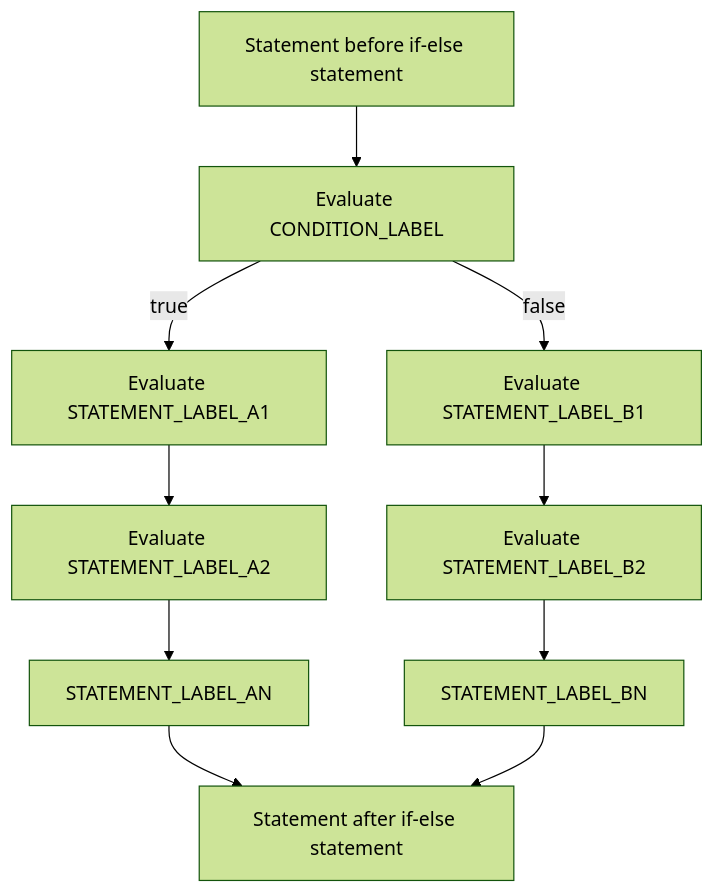
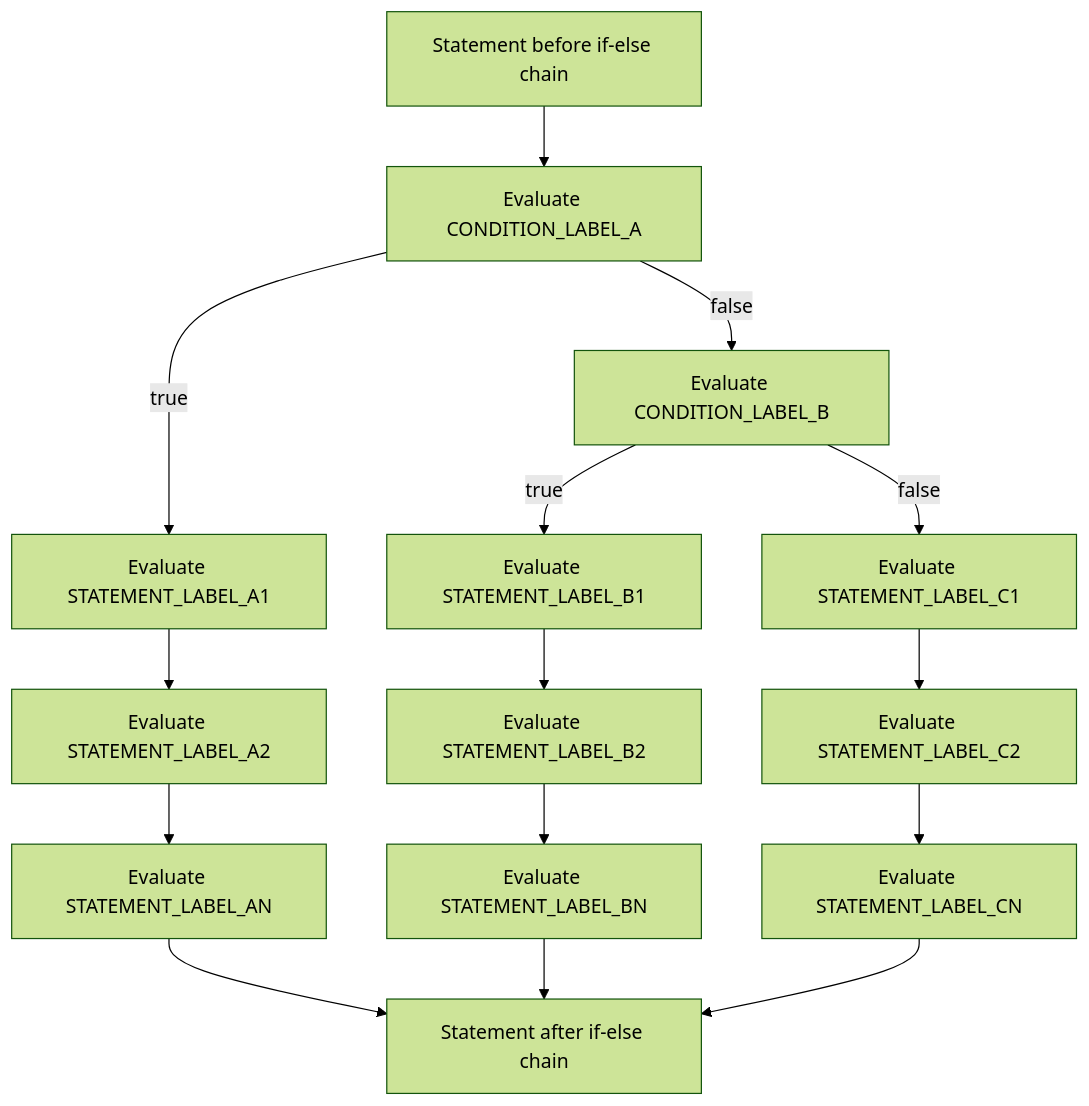
Before and after one commit to Explik/javascript-syntax-guide: the tenth of 17 diagrams in src/content.md, drawn with Mermaid (forest theme). The commit also changed other lines of this file and 1 other file, not shown here.

````diff
--- a/src/content.md
+++ b/src/content.md
@@ -870,12 +1003,17 @@
 ```Mermaid
-  flowchart TD
-    A[Statement before if-else statement] --> B[Evaluate CONDITION_LABEL]
-    B -->|true| C[Evaluate STATEMENT_LABEL_A1]
-    C --> D[Evaluate STATEMENT_LABEL_A2]
-    D --> E[STATEMENT_LABEL_AN]
-    E --> F[Statement after if-else statement]
-    B -->|false| G[Evaluate STATEMENT_LABEL_B1]
-    G --> H[Evaluate STATEMENT_LABEL_B2]
-    H --> I[STATEMENT_LABEL_BN]
-    I --> F
+flowchart TD
+  A0[Statement before if-else chain] --> A[Evaluate CONDITION_LABEL_A]
+  A -->|true| B[Evaluate STATEMENT_LABEL_A1]
+  B --> C[Evaluate STATEMENT_LABEL_A2]
+  C --> D[Evaluate STATEMENT_LABEL_AN]
+  D --> E[Statement after if-else chain]
+  A -->|false| F[Evaluate CONDITION_LABEL_B]
+  F -->|true| G[Evaluate STATEMENT_LABEL_B1]
+  G --> H[Evaluate STATEMENT_LABEL_B2]
+  H --> I[Evaluate STATEMENT_LABEL_BN]
+  I --> E
+  F -->|false| J[Evaluate STATEMENT_LABEL_C1]
+  J --> K[Evaluate STATEMENT_LABEL_C2]
+  K --> L[Evaluate STATEMENT_LABEL_CN]
+  L --> E
 ```
````
